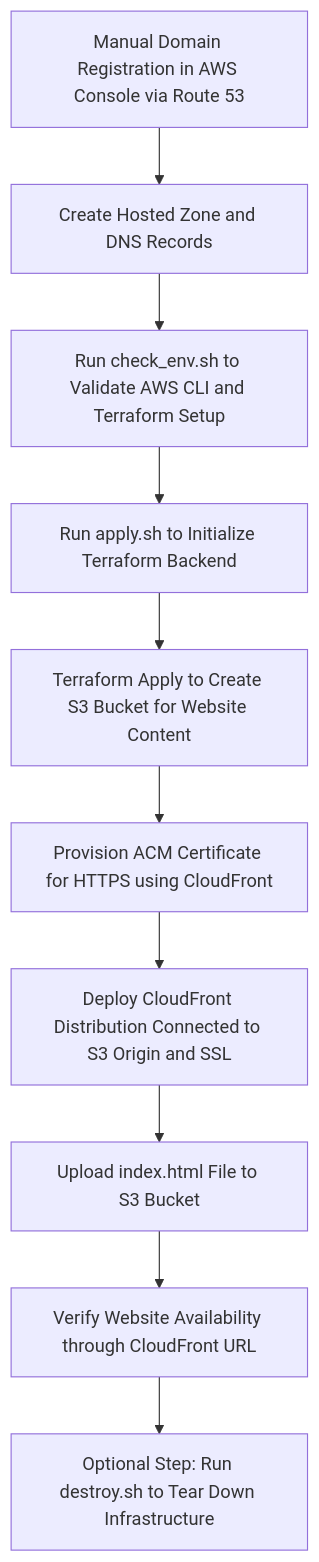
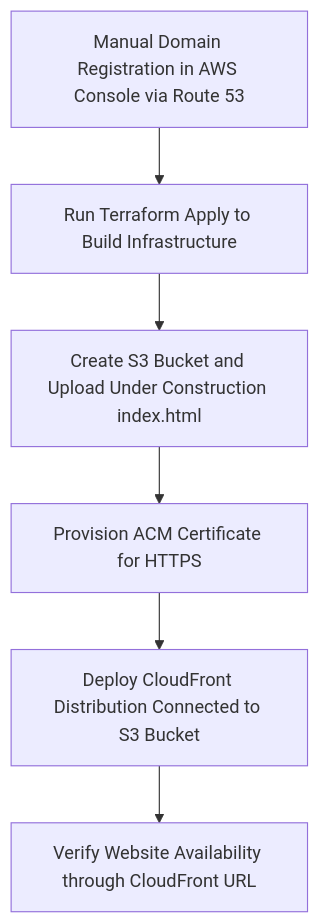
The diagram in README.md (mamonaco1973/aws-website), drawn with Mermaid before and after one commit. The commit also changed other lines of this file, not shown here.

Commit message:
work on README.md

````diff
--- a/README.md
+++ b/README.md
@@ -30,12 +30,8 @@
 ```mermaid
 flowchart TD
-    A[Manual Domain Registration in AWS Console via Route 53] --> B[Create Hosted Zone and DNS Records]
-    B --> C[Run check_env.sh to Validate AWS CLI and Terraform Setup]
-    C --> D[Run apply.sh to Initialize Terraform Backend]
-    D --> E[Terraform Apply to Create S3 Bucket for Website Content]
-    E --> F[Provision ACM Certificate for HTTPS using CloudFront]
-    F --> G[Deploy CloudFront Distribution Connected to S3 Origin and SSL]
-    G --> H[Upload index.html File to S3 Bucket]
-    H --> I[Verify Website Availability through CloudFront URL]
-    I --> J[Optional Step: Run destroy.sh to Tear Down Infrastructure]
+    A[Manual Domain Registration in AWS Console via Route 53] --> B[Run Terraform Apply to Build Infrastructure]
+    B --> C[Create S3 Bucket and Upload Under Construction index.html]
+    C --> D[Provision ACM Certificate for HTTPS]
+    D --> E[Deploy CloudFront Distribution Connected to S3 Bucket]
+    E --> F[Verify Website Availability through CloudFront URL]
 ```
````
